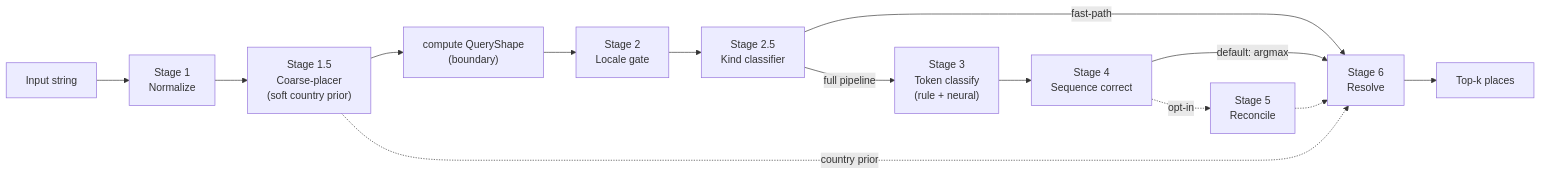
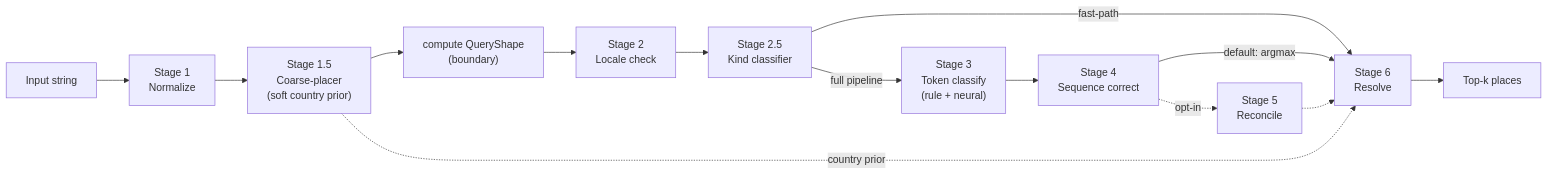
Before and after one commit to sister-software/mailwoman: the diagram in docs/engineering/reference/STAGES.mdx, drawn with Mermaid. The commit also changed other lines of this file and 5709 other files, not shown here.

````diff
--- a/docs/engineering/reference/STAGES.mdx
+++ b/docs/engineering/reference/STAGES.mdx
@@ -21,17 +21,17 @@
 ```mermaid
 flowchart LR
     I["Input string"]
     I --> S1["Stage 1<br>Normalize"]
     S1 --> CP["Stage 1.5<br>Coarse-placer<br>(soft country prior)"]
     CP --> QS["compute QueryShape<br>(boundary)"]
-    QS --> S2["Stage 2<br>Locale gate"]
+    QS --> S2["Stage 2<br>Locale check"]
     S2 --> S25["Stage 2.5<br>Kind classifier"]
     S25 -->|"fast-path"| S6
     S25 -->|"full pipeline"| S3["Stage 3<br>Token classify<br>(rule + neural)"]
     S3 --> S4["Stage 4<br>Sequence correct"]
     S4 -->|"default: argmax"| S6["Stage 6<br>Resolve"]
     S4 -.->|"opt-in"| S5["Stage 5<br>Reconcile"]
     S5 -.-> S6
     CP -.->|"country prior"| S6
     S6 --> O["Top-k places"]
 ```
````
